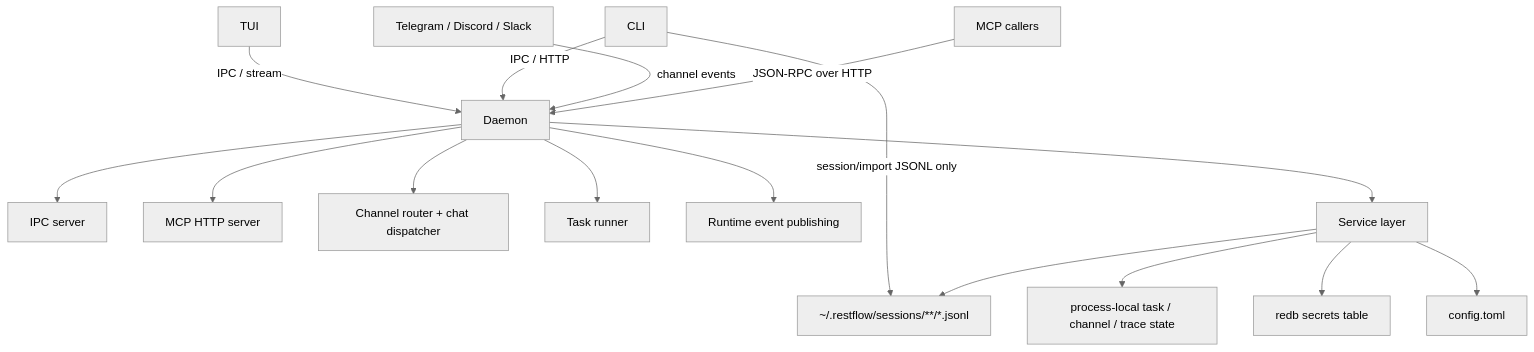
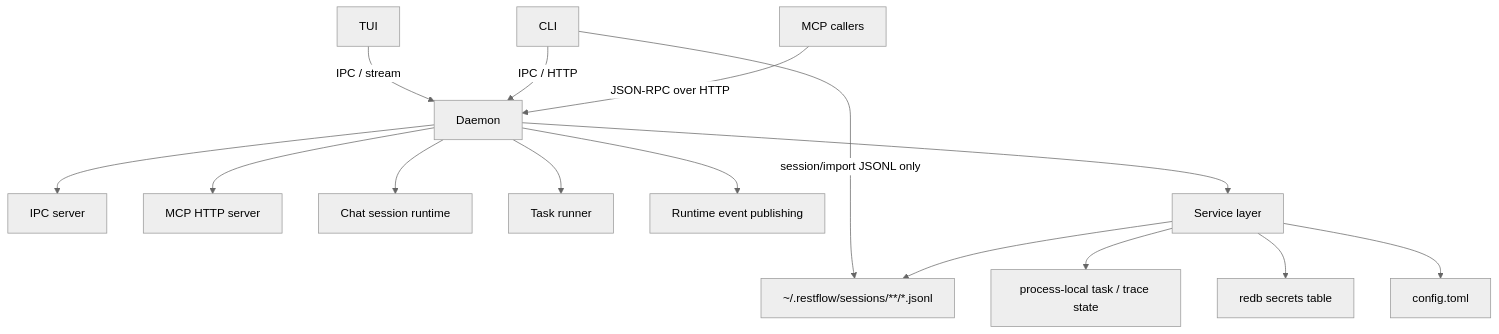
Before and after one commit to lhwzds/restflow: the first of 4 diagrams in SYSTEM_ARCHITECTURE.md, drawn with Mermaid (neutral theme). The commit also changed other lines of this file and 198 other files, not shown here.

````diff
--- a/SYSTEM_ARCHITECTURE.md
+++ b/SYSTEM_ARCHITECTURE.md
@@ -37,20 +37,19 @@
 ```mermaid
 flowchart TD
     TUI["TUI"] -->|"IPC / stream"| Daemon["Daemon"]
     CLI["CLI"] -->|"IPC / HTTP"| Daemon
-    Channels["Telegram / Discord / Slack"] -->|"channel events"| Daemon
     McpCallers["MCP callers"] -->|"JSON-RPC over HTTP"| Daemon
 
     Daemon --> Ipc["IPC server"]
     Daemon --> Mcp["MCP HTTP server"]
-    Daemon --> Router["Channel router + chat dispatcher"]
+    Daemon --> Chat["Chat session runtime"]
     Daemon --> Runner["Task runner"]
     Daemon --> Runtime["Runtime event publishing"]
     Daemon --> Services["Service layer"]
     CLI -->|"session/import JSONL only"| SessionFiles["~/.restflow/sessions/**/*.jsonl"]
 
     Services --> SessionFiles
-    Services --> RuntimeState["process-local task / channel / trace state"]
+    Services --> RuntimeState["process-local task / trace state"]
     Services --> Secrets["redb secrets table"]
     Services --> Config["config.toml"]
 ```
````
